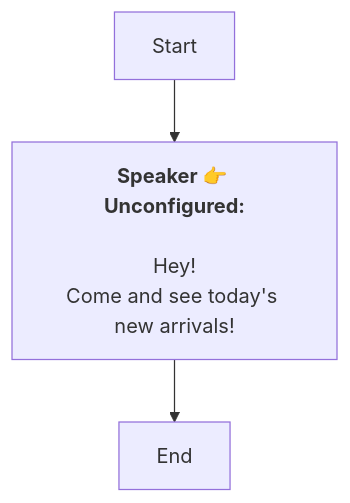
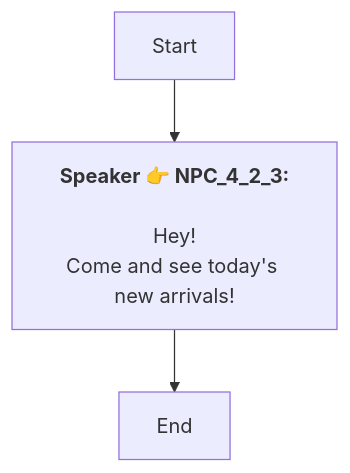
One commit to SoftHu/tos_avg changed the diagram in En/QuestApproachDialogNode_1738912297793730.md. Above: the diagram before and after it, drawn with Mermaid. The commit also changed 737 other files, not shown here.

````diff
--- a/En/QuestApproachDialogNode_1738912297793730.md
+++ b/En/QuestApproachDialogNode_1738912297793730.md
@@ -1,9 +1,8 @@
 ```mermaid
 graph
-Start -->1738987146553535[<b>Speaker 👉 Unconfigured:</b>
-
-Hey!
+Start -->1738987146553535[<b>Speaker 👉 NPC_4_2_3:</b>
+\nHey!
 Come and see today's new arrivals!]
 1738987146553535 -->1738912367611078[End]
 
- ```
+```
````
